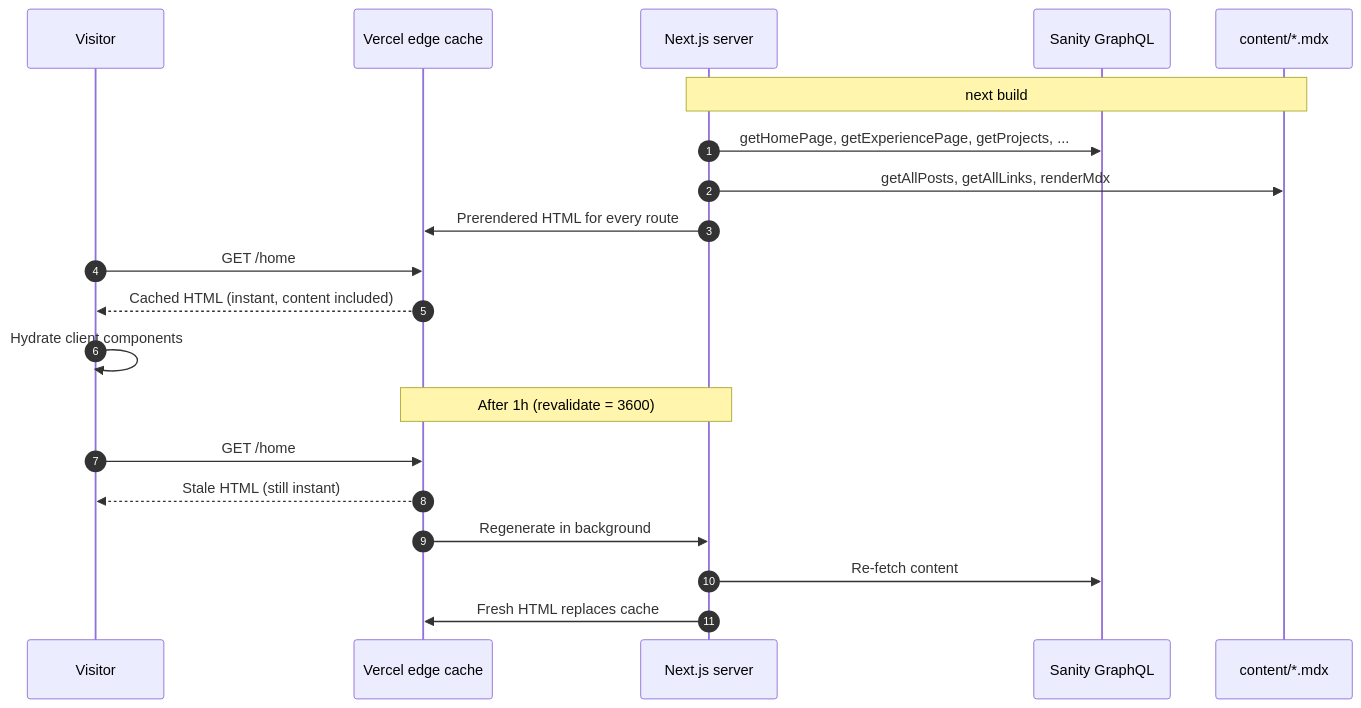
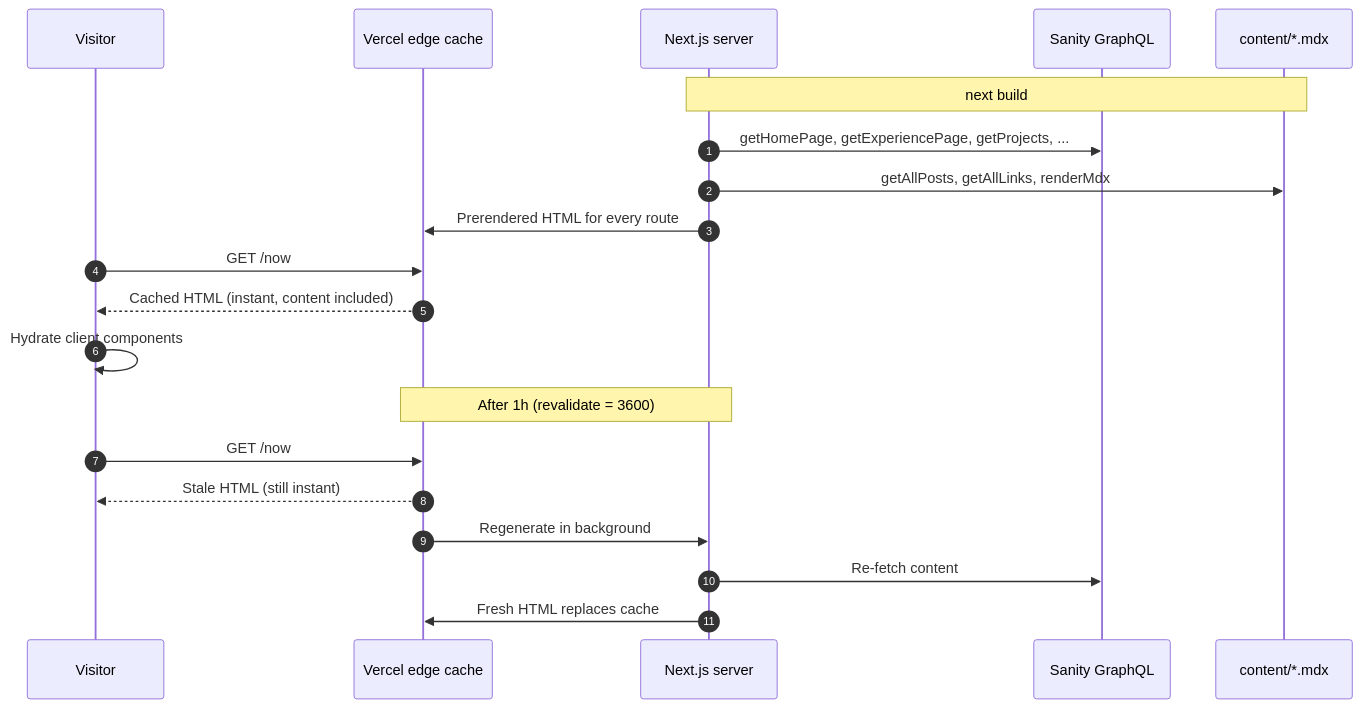
Before and after one commit to Pratham82/portfolio-v5: the first of 2 diagrams in docs/architecture.md, drawn with Mermaid. The commit also changed other lines of this file and 54 other files, not shown here.

````diff
--- a/docs/architecture.md
+++ b/docs/architecture.md
@@ -7,25 +7,25 @@
 ```mermaid
 sequenceDiagram
     autonumber
     participant U as Visitor
     participant V as Vercel edge cache
     participant N as Next.js server
     participant S as Sanity GraphQL
     participant F as content/*.mdx
 
     Note over N,F: next build
     N->>S: getHomePage, getExperiencePage, getProjects, ...
     N->>F: getAllPosts, getAllLinks, renderMdx
     N->>V: Prerendered HTML for every route
 
-    U->>V: GET /home
+    U->>V: GET /now
     V-->>U: Cached HTML (instant, content included)
     U->>U: Hydrate client components
 
     Note over V,N: After 1h (revalidate = 3600)
-    U->>V: GET /home
+    U->>V: GET /now
     V-->>U: Stale HTML (still instant)
     V->>N: Regenerate in background
     N->>S: Re-fetch content
     N->>V: Fresh HTML replaces cache
 ```
````
